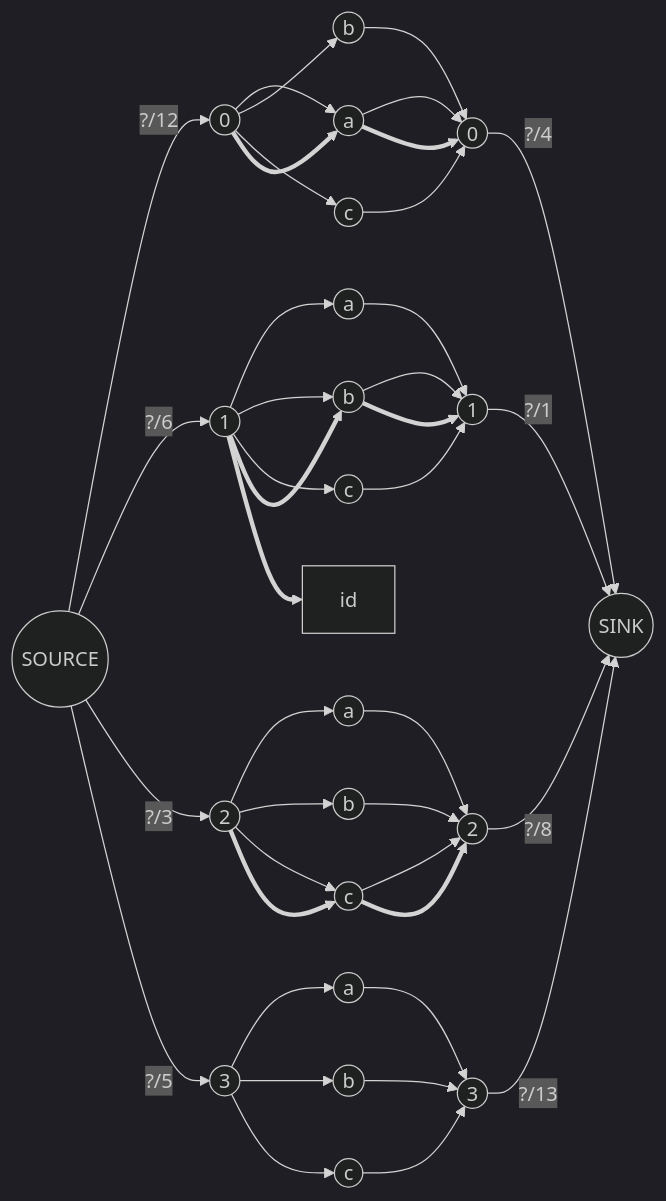
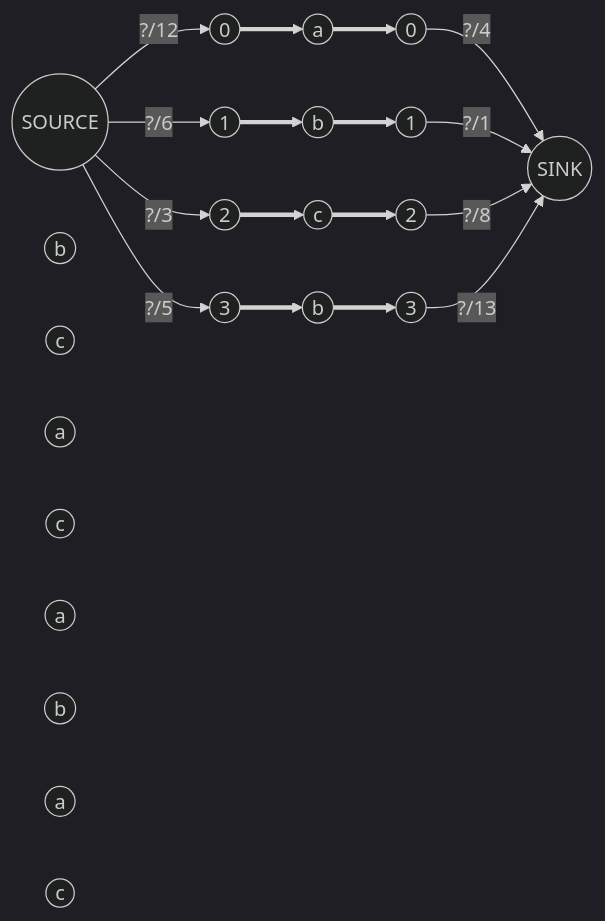
One commit to bfeitknecht/vault changed the second of 2 diagrams in vault/sem2/AuW/UE/cx/bf/cx09-bf.md. Above: the diagram before and after it, drawn with Mermaid (dark theme).

Commit message:
vault backup: 2024-05-18 21:07:51 from MacBook Pro (echo)
Affected files:
vault/sem2/AuW/UE/cx/bf/cx09-bf.md

````diff
--- a/vault/sem2/AuW/UE/cx/bf/cx09-bf.md
+++ b/vault/sem2/AuW/UE/cx/bf/cx09-bf.md
@@ -22,61 +22,62 @@
 ```mermaid
 flowchart LR
 
 idF(("SOURCE"))
 idT(("SINK"))
 
 idf0((0))
 idf1((1))
 idf2((2))
 idf3((3))
 
 id0a((a))
 id0b((b))
 id0c((c))
 
 id1a((a))
 id1b((b))
 id1c((c))
 
 id2a((a))
 id2b((b))
 id2c((c))
 
 id3a((a))
 id3b((b))
 id3c((c))
 
 idt0((0))
 idt1((1))
 idt2((2))
 idt3((3))
 
 %%%%%%%%%%%%%%%%%%%%%%%%%%%%%%%%%%%%%%%%%%%%
 
 idF -->|"?/12"| idf0 
 idF -->|"?/6"| idf1
 idF -->|"?/3"| idf2
 idF -->|"?/5"| idf3
 
 idt0 -->|"?/4"| idT 
 idt1 -->|"?/1"| idT
 idt2 -->|"?/8"| idT
 idt3 -->|"?/13"| idT
 
 
-idf0 --> id0a & id0b & id0c --> idt0
-idf1 --> id1a & id1b & id1c --> idt1
-idf2 --> id2a & id2b & id2c --> idt2
-idf3 --> id3a & id3b & id3c --> idt3
+%%idf0 --> id0a & id0b & id0c --> idt0
+%%idf1 --> id1a & id1b & id1c --> idt1
+%%idf2 --> id2a & id2b & id2c --> idt2
+%%idf3 --> id3a & id3b & id3c --> idt3
+
 
 idf0 ==> id0a ==> idt0
 idf1 ==> id1b ==> idt1
 idf2 ==> id2c ==> idt2
-idf1 ==> id
+idf3 ==> id3b ==> idt3
 
 
 %%idf0 --> id1a
 %%idf1 --> id2b
 %%idf2 --> id1c
-%%idf1 --> id3a
+%%idf3 --> id3a
 ```
````
